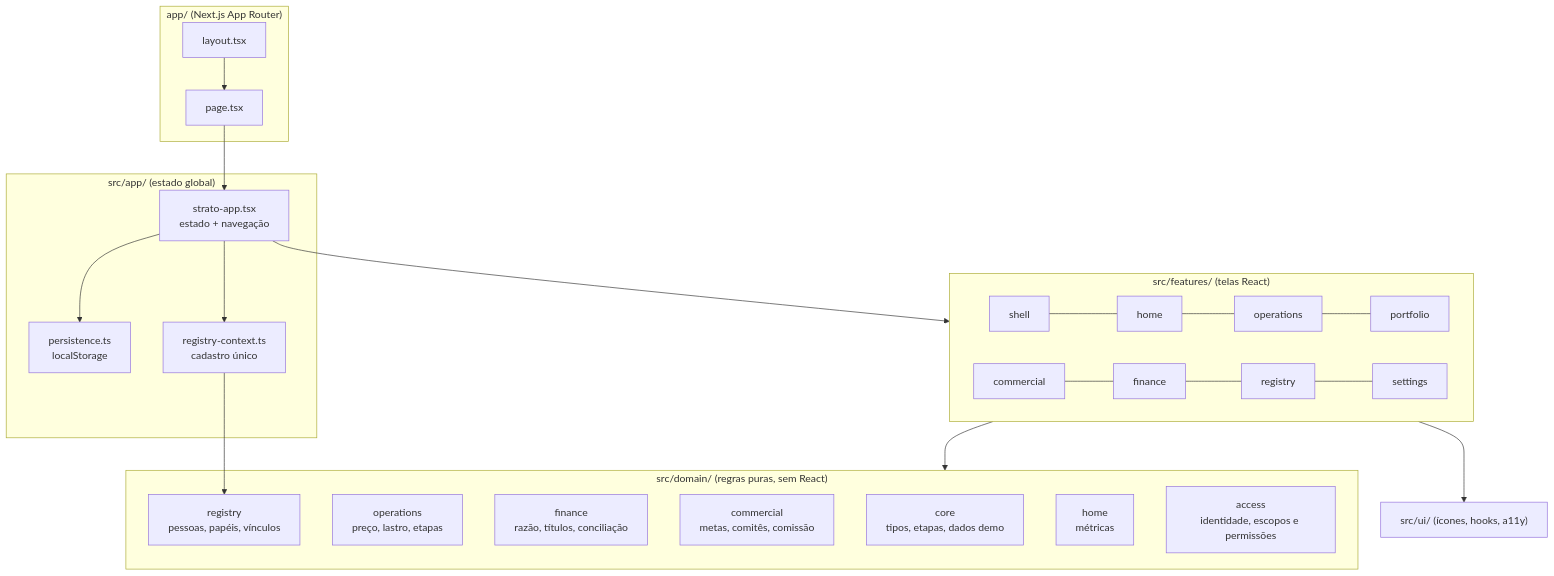
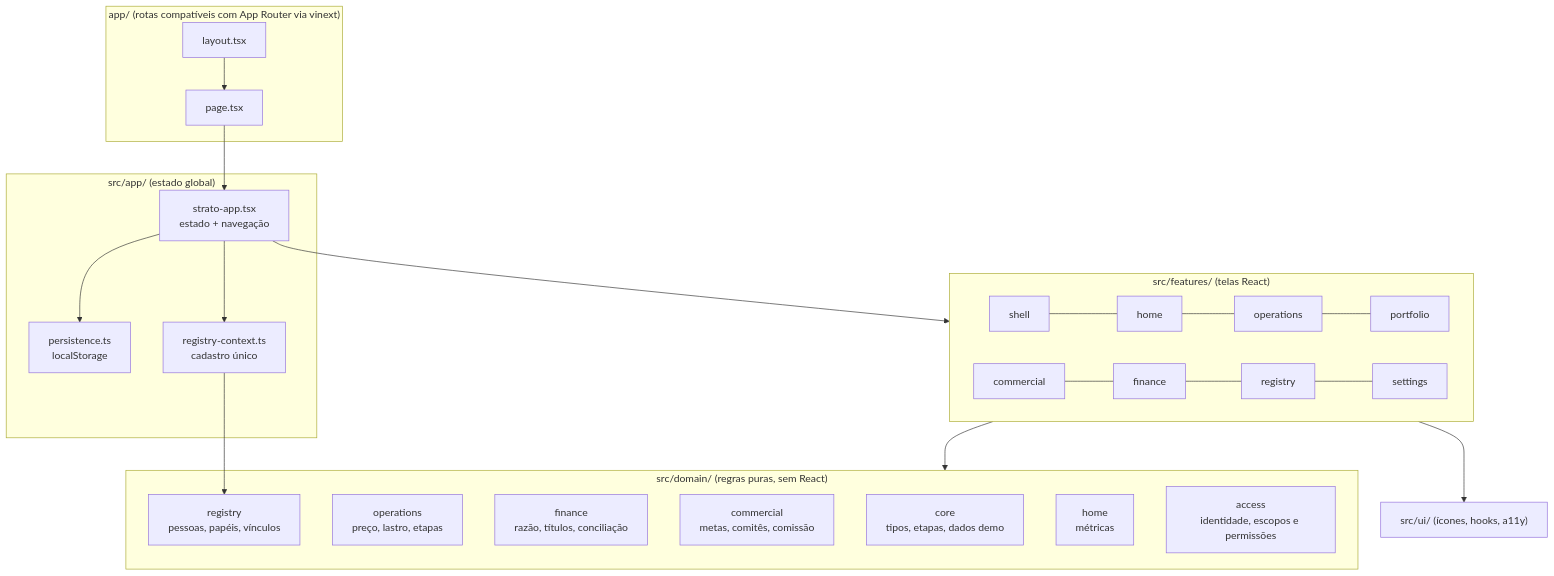
Before and after one commit to henriqueid/FNE001: the first of 2 diagrams in docs/ARCHITECTURE.md, drawn with Mermaid. The commit also changed other lines of this file and 228 other files, not shown here.

````diff
--- a/docs/ARCHITECTURE.md
+++ b/docs/ARCHITECTURE.md
@@ -7,32 +7,32 @@
 ```mermaid
 flowchart TB
-  subgraph Rotas["app/ (Next.js App Router)"]
+  subgraph Rotas["app/ (rotas compatíveis com App Router via vinext)"]
     L[layout.tsx] --> P[page.tsx]
   end
   subgraph App["src/app/ (estado global)"]
     R[strato-app.tsx<br/>estado + navegação]
     PS[persistence.ts<br/>localStorage]
     RC[registry-context.ts<br/>cadastro único]
   end
   subgraph Features["src/features/ (telas React)"]
     SH[shell] --- HO[home] --- OP[operations] --- PO[portfolio]
     CO[commercial] --- FI[finance] --- RG[registry] --- ST[settings]
   end
   subgraph Domain["src/domain/ (regras puras, sem React)"]
     CORE[core<br/>tipos, etapas, dados demo]
     OPS[operations<br/>preço, lastro, etapas]
     FIN[finance<br/>razão, títulos, conciliação]
     COM[commercial<br/>metas, comitês, comissão]
     REG[registry<br/>pessoas, papéis, vínculos]
     HM[home<br/>métricas]
     AC[access<br/>identidade, escopos e permissões]
   end
   UI["src/ui/ (ícones, hooks, a11y)"]
   P --> R
   R --> PS
   R --> RC
   R --> Features
   Features --> Domain
   Features --> UI
   RC --> REG
 ```
````
